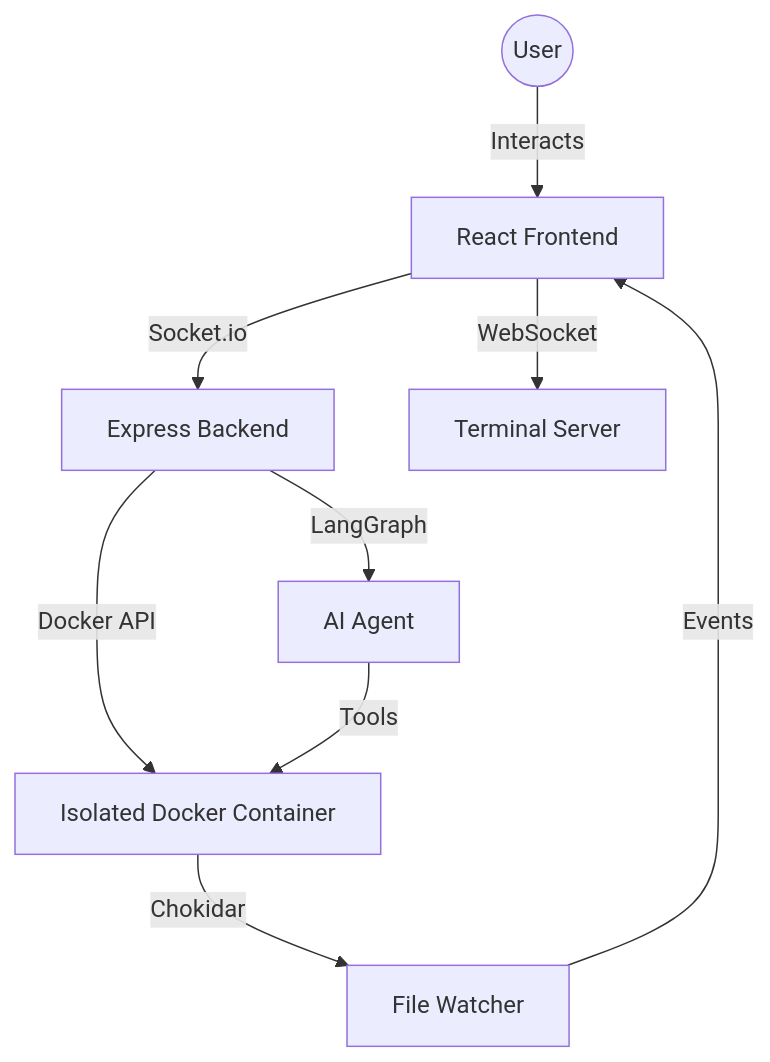
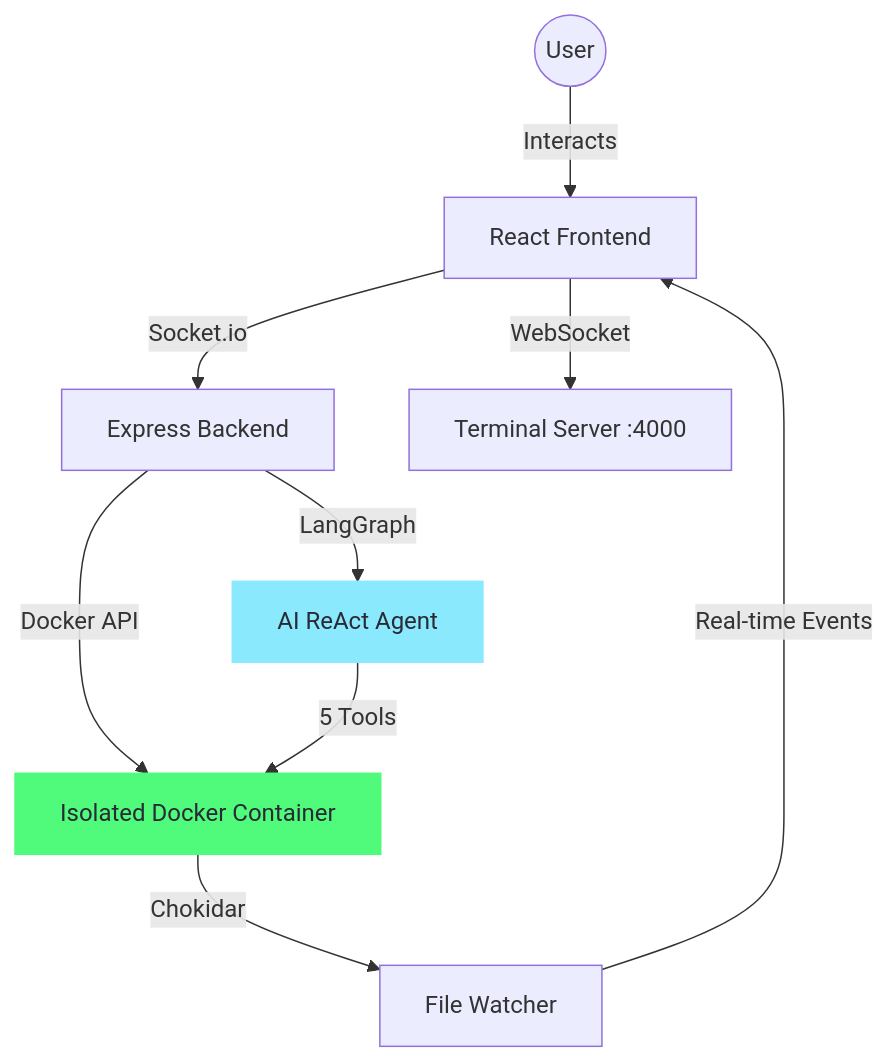
Before and after one commit to SriShruti24/Code-Sandbox-Clone: the second of 2 diagrams in README.md, drawn with Mermaid. The commit also changed other lines of this file and 12 other files, not shown here.

````diff
--- a/README.md
+++ b/README.md
@@ -22,11 +99,14 @@
 ```mermaid
 graph TD
     User((User)) -->|Interacts| UI[React Frontend]
     UI -->|Socket.io| BE[Express Backend]
-    UI -->|WebSocket| Terminal[Terminal Server]
+    UI -->|WebSocket| Terminal[Terminal Server :4000]
     BE -->|Docker API| Sandbox[Isolated Docker Container]
-    BE -->|LangGraph| Agent[AI Agent]
-    Agent -->|Tools| Sandbox
+    BE -->|LangGraph| Agent[AI ReAct Agent]
+    Agent -->|5 Tools| Sandbox
     Sandbox -->|Chokidar| Watcher[File Watcher]
-    Watcher -->|Events| UI
+    Watcher -->|Real-time Events| UI
+
+    style Agent fill:#8be9fd,stroke:#8be9fd,color:#282a36
+    style Sandbox fill:#50fa7b,stroke:#50fa7b,color:#282a36
 ```
````
